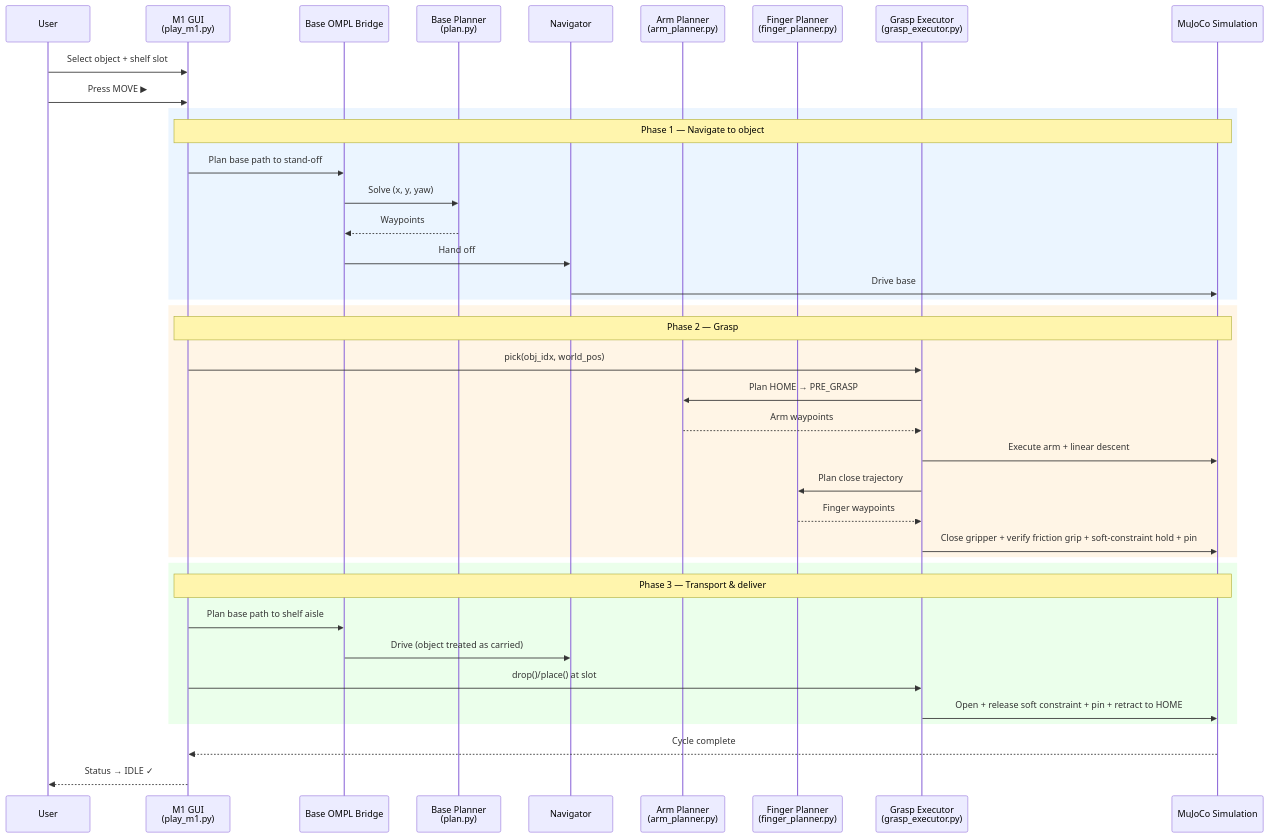
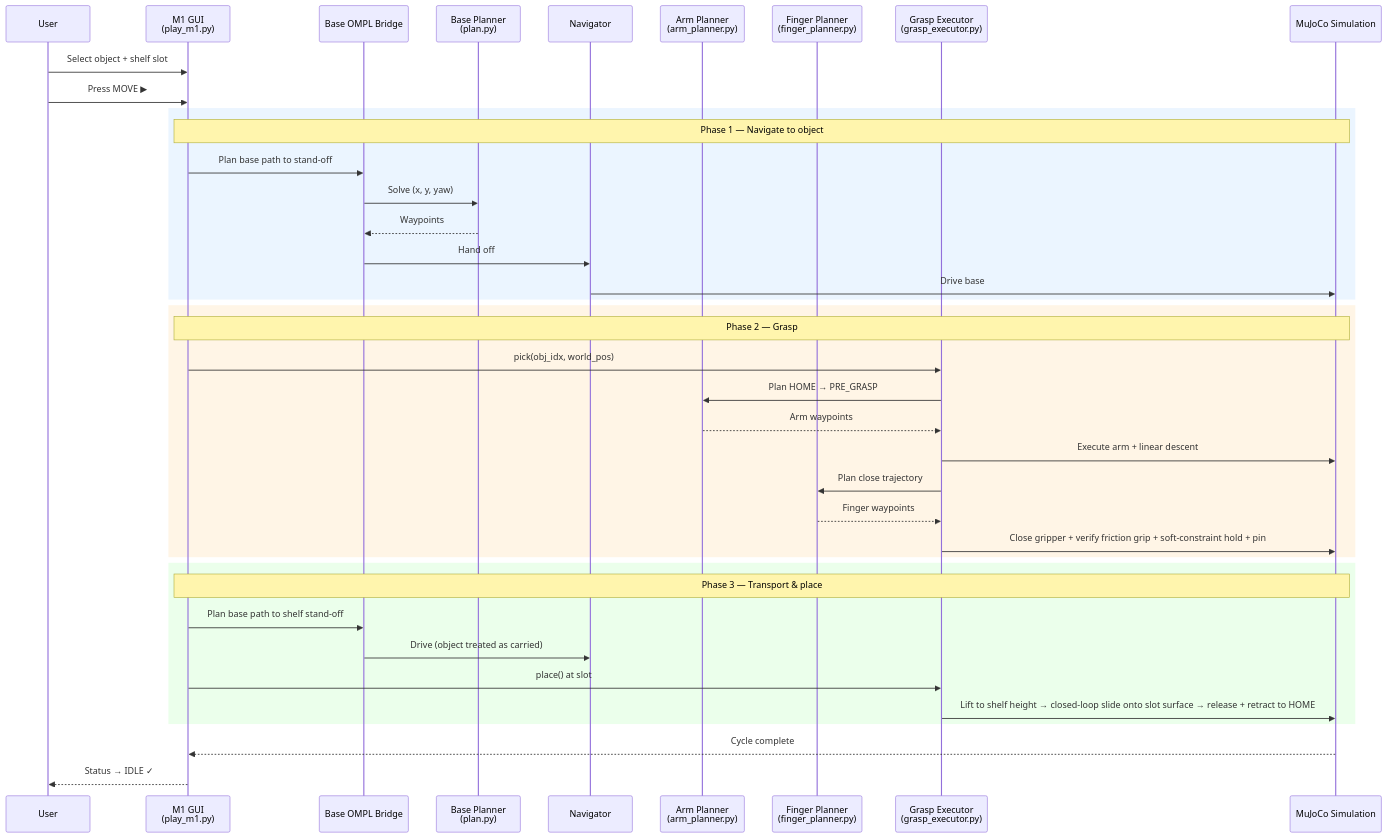
The diagram in README.md (obotx/motion-planning), drawn with Mermaid before and after one commit. The commit also changed other lines of this file and 36 other files, not shown here.

````diff
--- a/README.md
+++ b/README.md
@@ -212,46 +220,46 @@
 ```mermaid
 sequenceDiagram
     participant User
     participant GUI as M1 GUI<br/>(play_m1.py)
     participant BaseBridge as Base OMPL Bridge
     participant BasePlan as Base Planner<br/>(plan.py)
     participant Nav as Navigator
     participant ArmBridge as Arm Planner<br/>(arm_planner.py)
     participant Fingers as Finger Planner<br/>(finger_planner.py)
     participant Exec as Grasp Executor<br/>(grasp_executor.py)
     participant Sim as MuJoCo Simulation
 
     User->>GUI: Select object + shelf slot
     User->>GUI: Press MOVE ▶
 
     rect rgb(235, 245, 255)
     Note over GUI,Sim: Phase 1 — Navigate to object
     GUI->>BaseBridge: Plan base path to stand-off
     BaseBridge->>BasePlan: Solve (x, y, yaw)
     BasePlan-->>BaseBridge: Waypoints
     BaseBridge->>Nav: Hand off
     Nav->>Sim: Drive base
     end
 
     rect rgb(255, 245, 230)
     Note over GUI,Sim: Phase 2 — Grasp
     GUI->>Exec: pick(obj_idx, world_pos)
     Exec->>ArmBridge: Plan HOME → PRE_GRASP
     ArmBridge-->>Exec: Arm waypoints
     Exec->>Sim: Execute arm + linear descent
     Exec->>Fingers: Plan close trajectory
     Fingers-->>Exec: Finger waypoints
     Exec->>Sim: Close gripper + verify friction grip + soft-constraint hold + pin
     end
 
     rect rgb(235, 255, 235)
-    Note over GUI,Sim: Phase 3 — Transport & deliver
-    GUI->>BaseBridge: Plan base path to shelf aisle
+    Note over GUI,Sim: Phase 3 — Transport & place
+    GUI->>BaseBridge: Plan base path to shelf stand-off
     BaseBridge->>Nav: Drive (object treated as carried)
-    GUI->>Exec: drop()/place() at slot
-    Exec->>Sim: Open + release soft constraint + pin + retract to HOME
+    GUI->>Exec: place() at slot
+    Exec->>Sim: Lift to shelf height → closed-loop slide onto slot surface → release + retract to HOME
     end
 
     Sim-->>GUI: Cycle complete
     GUI-->>User: Status → IDLE ✓
 ```
````
